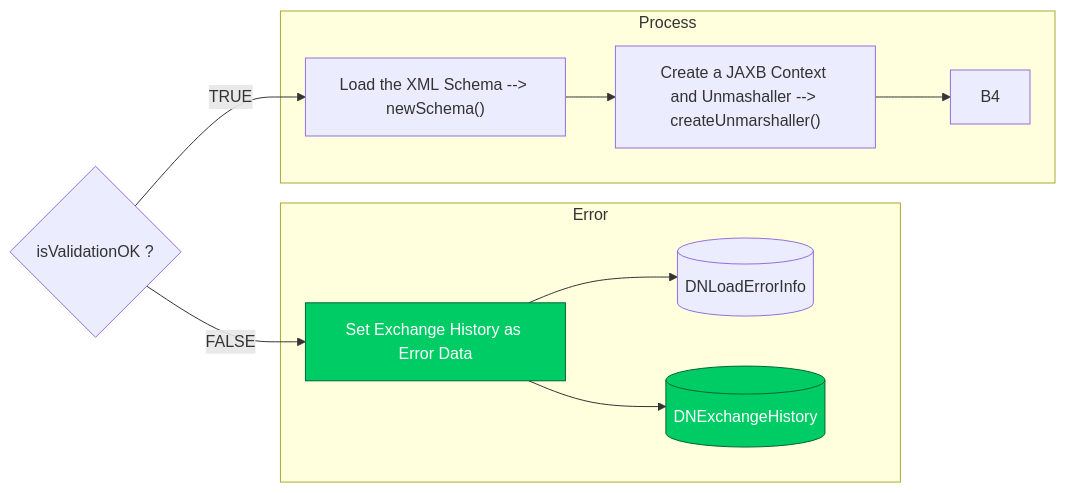
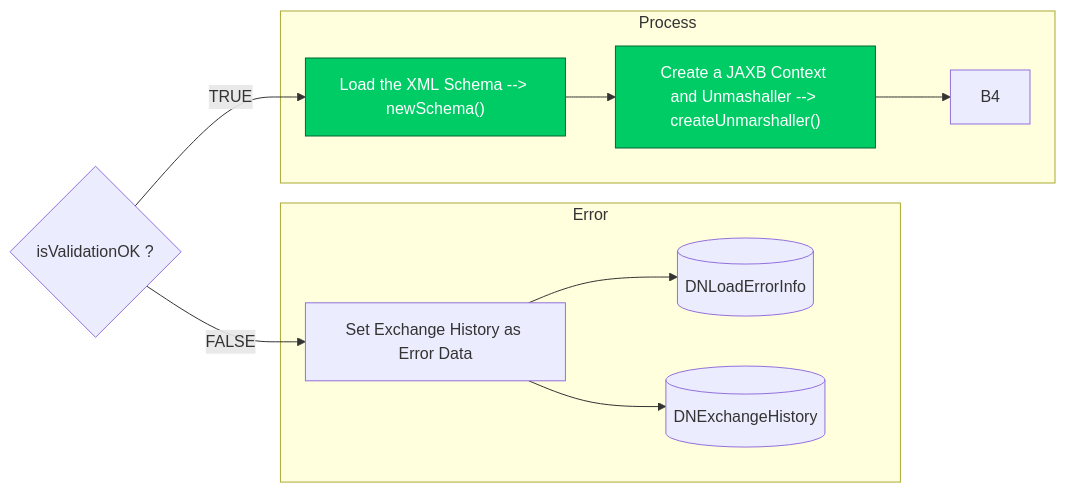
The ninth of 9 diagrams in Basic-Design/Host-Interfaces.md (luthfiadityaa/SimeDarby-Wiki), drawn with Mermaid before and after one commit.

Commit message:
Updated Host Interfaces

```diff
--- a/Basic-Design/Host-Interfaces.md
+++ b/Basic-Design/Host-Interfaces.md
@@ -712,25 +712,25 @@
 ::: mermaid
 flowchart LR
 Cond1{"isValidationOK ?"}
 Cond1 --> |TRUE| B2
 Cond1 --> |FALSE| C2
 
 subgraph Error
  C2 --> C3 
  C2 --> C4
  C4[(DNExchangeHistory)]
  C3[(DNLoadErrorInfo)]
  C2["Set Exchange History as Error Data"] 
 end
 
 subgraph Process
  B2 --> B3 --> B4 
  B2["Load the XML Schema --> newSchema()"]
  B3["Create a JAXB Context and Unmashaller --> createUnmarshaller()"]
 end 
 
-click C2 "https://dev.azure.com/Daifuku-SW/ID_SimeDarbyPlantation/_wiki/wikis/ID_SimeDarbyPlantation.wiki/833/Host-Interfaces?anchor=stage-5"
-click C4 "https://dev.azure.com/Daifuku-SW/ID_SimeDarbyPlantation/_wiki/wikis/ID_SimeDarbyPlantation.wiki/833/Host-Interfaces?anchor=stage-4"
-style C2 fill:#00cc66,stroke:#006633,color:#ffffff
-style C4 fill:#00cc66,stroke:#006633,color:#ffffff
+click B2 "https://dev.azure.com/Daifuku-SW/ID_SimeDarbyPlantation/_wiki/wikis/ID_SimeDarbyPlantation.wiki/833/Host-Interfaces?anchor=stage-5"
+click B3 "https://dev.azure.com/Daifuku-SW/ID_SimeDarbyPlantation/_wiki/wikis/ID_SimeDarbyPlantation.wiki/833/Host-Interfaces?anchor=stage-4"
+style B2 fill:#00cc66,stroke:#006633,color:#ffffff
+style B3 fill:#00cc66,stroke:#006633,color:#ffffff
 :::
```
